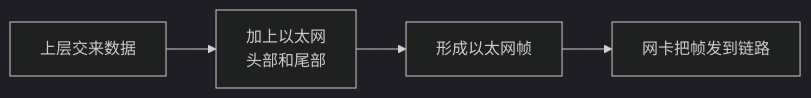
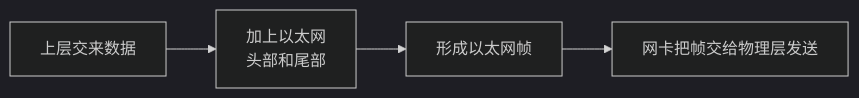
The first of 2 diagrams in 01_综合知识/01_计算机系统基础知识/03_计算机网络/04_局域网与二层技术/以太网技术.md (74262195/system-architect-notes), drawn with Mermaid (dark theme) before and after one commit. The commit also changed other lines of this file, not shown here.

````diff
--- a/01_综合知识/01_计算机系统基础知识/03_计算机网络/04_局域网与二层技术/以太网技术.md
+++ b/01_综合知识/01_计算机系统基础知识/03_计算机网络/04_局域网与二层技术/以太网技术.md
@@ -62,6 +62,6 @@
 ```mermaid
 flowchart LR
     A[上层交来数据] --> B[加上以太网<br/>头部和尾部]
     B --> C[形成以太网帧]
-    C --> D[网卡把帧发到链路]
+    C --> D[网卡把帧交给物理层发送]
 ```
````
